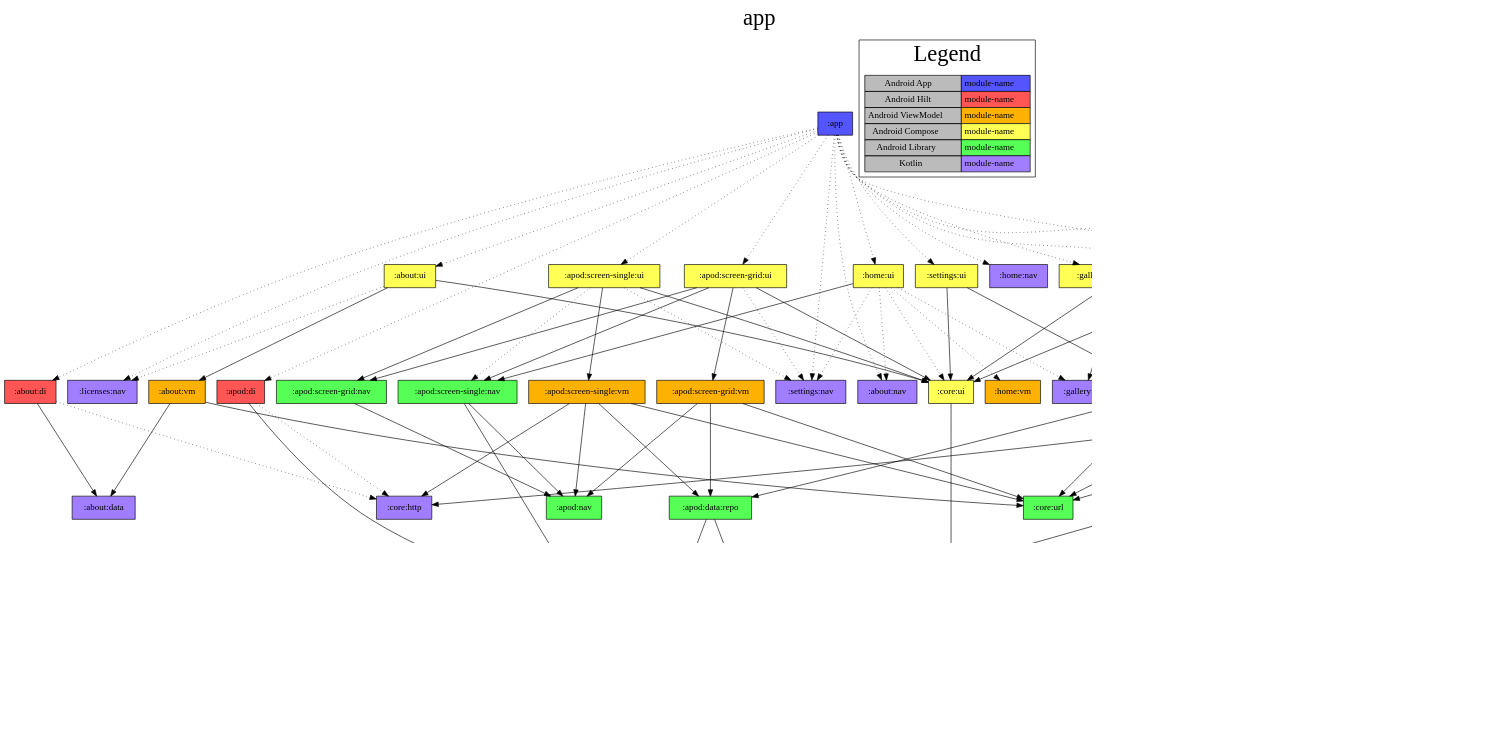
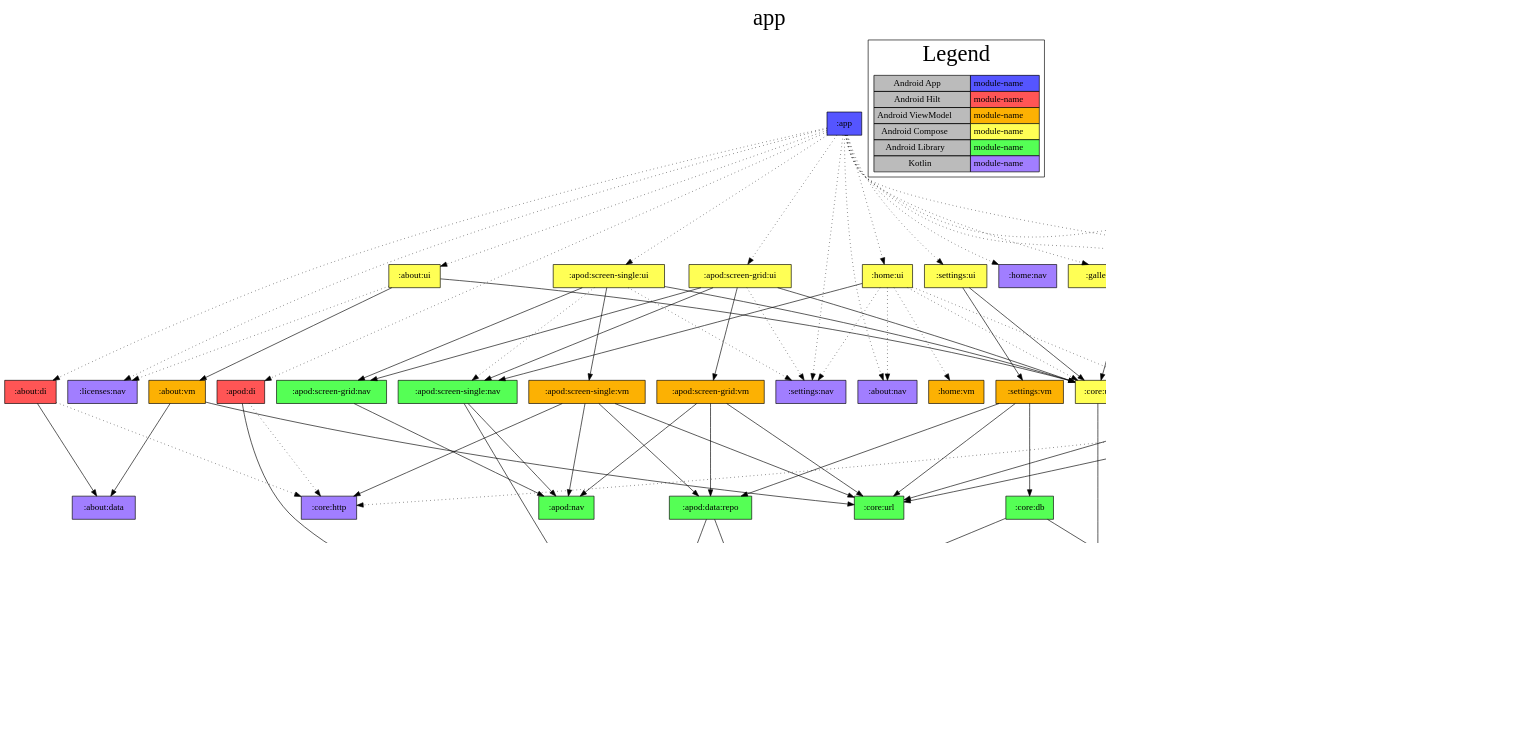
Before and after one commit to jonapoul/nasa-android: the diagram in app/project-dependency-graph.dot, drawn with Graphviz. The commit also changed 24 other files, not shown here.

```diff
--- a/app/project-dependency-graph.dot
+++ b/app/project-dependency-graph.dot
@@ -1,147 +1,145 @@
 digraph {
 edge ["dir"="forward"]
 graph ["dpi"="100","label"="app","labelloc"="t","fontsize"="35","ranksep"="2.0"]
 node ["style"="filled","shape"="box"]
 ":app" ["shape"="rectangle","fillcolor"="#5555FF"]
 ":about:di" ["fillcolor"="#FF5555"]
 ":about:data" ["fillcolor"="#A17EFF"]
 ":core:http" ["fillcolor"="#A17EFF"]
 ":about:nav" ["fillcolor"="#A17EFF"]
 ":about:ui" ["fillcolor"="#FFFF55"]
 ":about:vm" ["fillcolor"="#FCB103"]
 ":core:url" ["fillcolor"="#55FF55"]
 ":core:ui" ["fillcolor"="#FFFF55"]
 ":core:model" ["fillcolor"="#A17EFF"]
 ":licenses:nav" ["fillcolor"="#A17EFF"]
 ":apod:di" ["fillcolor"="#FF5555"]
 ":apod:data:api" ["fillcolor"="#A17EFF"]
 ":apod:model" ["fillcolor"="#A17EFF"]
 ":apod:screen-grid:ui" ["fillcolor"="#FFFF55"]
 ":apod:screen-grid:nav" ["fillcolor"="#55FF55"]
 ":apod:nav" ["fillcolor"="#55FF55"]
 ":apod:screen-grid:vm" ["fillcolor"="#FCB103"]
 ":apod:data:repo" ["fillcolor"="#55FF55"]
 ":apod:data:db" ["fillcolor"="#55FF55"]
 ":apod:screen-single:nav" ["fillcolor"="#55FF55"]
 ":settings:nav" ["fillcolor"="#A17EFF"]
 ":apod:screen-single:ui" ["fillcolor"="#FFFF55"]
 ":apod:screen-single:vm" ["fillcolor"="#FCB103"]
 ":gallery:di" ["fillcolor"="#FF5555"]
 ":gallery:data:api" ["fillcolor"="#A17EFF"]
 ":gallery:model" ["fillcolor"="#A17EFF"]
-":gallery:data:db" ["fillcolor"="#55FF55"]
 ":gallery:screen-search:ui" ["fillcolor"="#FFFF55"]
 ":gallery:nav" ["fillcolor"="#A17EFF"]
 ":gallery:screen-search:vm" ["fillcolor"="#FCB103"]
 ":gallery:data:repo" ["fillcolor"="#55FF55"]
+":gallery:data:db" ["fillcolor"="#55FF55"]
 ":home:nav" ["fillcolor"="#A17EFF"]
 ":home:ui" ["fillcolor"="#FFFF55"]
 ":home:vm" ["fillcolor"="#FCB103"]
 ":licenses:di" ["fillcolor"="#FF5555"]
 ":licenses:data" ["fillcolor"="#A17EFF"]
 ":licenses:ui" ["fillcolor"="#FFFF55"]
 ":licenses:vm" ["fillcolor"="#FCB103"]
 ":settings:ui" ["fillcolor"="#FFFF55"]
 ":settings:vm" ["fillcolor"="#FCB103"]
 ":core:db" ["fillcolor"="#55FF55"]
 {
 edge ["dir"="none"]
 graph ["rank"="same"]
 ":app"
 }
 subgraph "cluster_legend" {
 edge ["dir"="none"]
 graph ["label"="Legend"]
 "Legend" ["style"="filled","fillcolor"="#bbbbbb","shape"="none","margin"="0","label"=<
 <TABLE BORDER="0" CELLBORDER="1" CELLSPACING="0" CELLPADDING="4">
 <TR><TD>Android App</TD><TD BGCOLOR="#5555FF">module-name</TD></TR>
 <TR><TD>Android Hilt</TD><TD BGCOLOR="#FF5555">module-name</TD></TR>
 <TR><TD>Android ViewModel</TD><TD BGCOLOR="#FCB103">module-name</TD></TR>
 <TR><TD>Android Compose</TD><TD BGCOLOR="#FFFF55">module-name</TD></TR>
 <TR><TD>Android Library</TD><TD BGCOLOR="#55FF55">module-name</TD></TR>
 <TR><TD>Kotlin</TD><TD BGCOLOR="#A17EFF">module-name</TD></TR>
 </TABLE>
 >]
 }
 ":app" -> ":about:di" ["style"="dotted"]
 ":app" -> ":about:nav" ["style"="dotted"]
 ":app" -> ":about:ui" ["style"="dotted"]
 ":app" -> ":apod:di" ["style"="dotted"]
 ":app" -> ":apod:screen-grid:ui" ["style"="dotted"]
 ":app" -> ":apod:screen-single:ui" ["style"="dotted"]
 ":app" -> ":gallery:di" ["style"="dotted"]
 ":app" -> ":gallery:screen-search:ui" ["style"="dotted"]
 ":app" -> ":home:nav" ["style"="dotted"]
 ":app" -> ":home:ui" ["style"="dotted"]
 ":app" -> ":licenses:di" ["style"="dotted"]
 ":app" -> ":licenses:nav" ["style"="dotted"]
 ":app" -> ":licenses:ui" ["style"="dotted"]
 ":app" -> ":settings:nav" ["style"="dotted"]
 ":app" -> ":settings:ui" ["style"="dotted"]
 ":about:di" -> ":about:data"
 ":about:di" -> ":core:http" ["style"="dotted"]
 ":about:ui" -> ":about:vm"
 ":about:ui" -> ":core:ui"
 ":about:ui" -> ":licenses:nav" ["style"="dotted"]
 ":about:vm" -> ":about:data"
 ":about:vm" -> ":core:url"
 ":core:ui" -> ":core:model"
 ":apod:di" -> ":apod:data:api"
 ":apod:di" -> ":core:http" ["style"="dotted"]
 ":apod:data:api" -> ":apod:model"
 ":apod:data:api" -> ":core:model"
 ":apod:screen-grid:ui" -> ":apod:screen-grid:nav"
 ":apod:screen-grid:ui" -> ":apod:screen-grid:vm"
 ":apod:screen-grid:ui" -> ":apod:screen-single:nav"
 ":apod:screen-grid:ui" -> ":core:ui"
 ":apod:screen-grid:ui" -> ":settings:nav" ["style"="dotted"]
 ":apod:screen-grid:nav" -> ":apod:nav"
 ":apod:screen-grid:vm" -> ":apod:data:repo"
 ":apod:screen-grid:vm" -> ":apod:nav"
 ":apod:screen-grid:vm" -> ":core:url"
 ":apod:data:repo" -> ":apod:data:api"
 ":apod:data:repo" -> ":apod:data:db"
 ":apod:data:db" -> ":apod:model"
 ":apod:screen-single:nav" -> ":apod:model"
 ":apod:screen-single:nav" -> ":apod:nav"
 ":apod:screen-single:ui" -> ":apod:screen-grid:nav"
 ":apod:screen-single:ui" -> ":apod:screen-single:vm"
 ":apod:screen-single:ui" -> ":core:ui"
 ":apod:screen-single:ui" -> ":apod:screen-single:nav" ["style"="dotted"]
 ":apod:screen-single:ui" -> ":settings:nav" ["style"="dotted"]
 ":apod:screen-single:vm" -> ":apod:data:repo"
 ":apod:screen-single:vm" -> ":apod:nav"
 ":apod:screen-single:vm" -> ":core:http"
 ":apod:screen-single:vm" -> ":core:url"
 ":gallery:di" -> ":gallery:data:api"
-":gallery:di" -> ":gallery:data:db"
-":gallery:di" -> ":core:http"
+":gallery:di" -> ":core:http" ["style"="dotted"]
 ":gallery:di" -> ":core:model" ["style"="dotted"]
 ":gallery:data:api" -> ":gallery:model"
-":gallery:data:db" -> ":gallery:model"
 ":gallery:screen-search:ui" -> ":gallery:nav"
 ":gallery:screen-search:ui" -> ":gallery:screen-search:vm"
 ":gallery:screen-search:ui" -> ":core:ui"
 ":gallery:screen-search:vm" -> ":gallery:data:repo"
 ":gallery:screen-search:vm" -> ":core:url"
 ":gallery:data:repo" -> ":gallery:data:api"
 ":gallery:data:repo" -> ":gallery:data:db"
 ":home:ui" -> ":apod:screen-single:nav"
 ":home:ui" -> ":about:nav" ["style"="dotted"]
 ":home:ui" -> ":core:ui" ["style"="dotted"]
 ":home:ui" -> ":gallery:nav" ["style"="dotted"]
 ":home:ui" -> ":home:vm" ["style"="dotted"]
 ":home:ui" -> ":settings:nav" ["style"="dotted"]
 ":licenses:di" -> ":licenses:data"
 ":licenses:ui" -> ":core:ui"
 ":licenses:ui" -> ":licenses:vm"
 ":licenses:vm" -> ":core:url"
 ":licenses:vm" -> ":licenses:data"
 ":settings:ui" -> ":core:ui"
 ":settings:ui" -> ":settings:vm"
 ":settings:vm" -> ":core:db"
 ":settings:vm" -> ":core:url"
 ":settings:vm" -> ":apod:data:repo"
 ":core:db" -> ":apod:data:db"
 ":core:db" -> ":gallery:data:db"
 }
```
